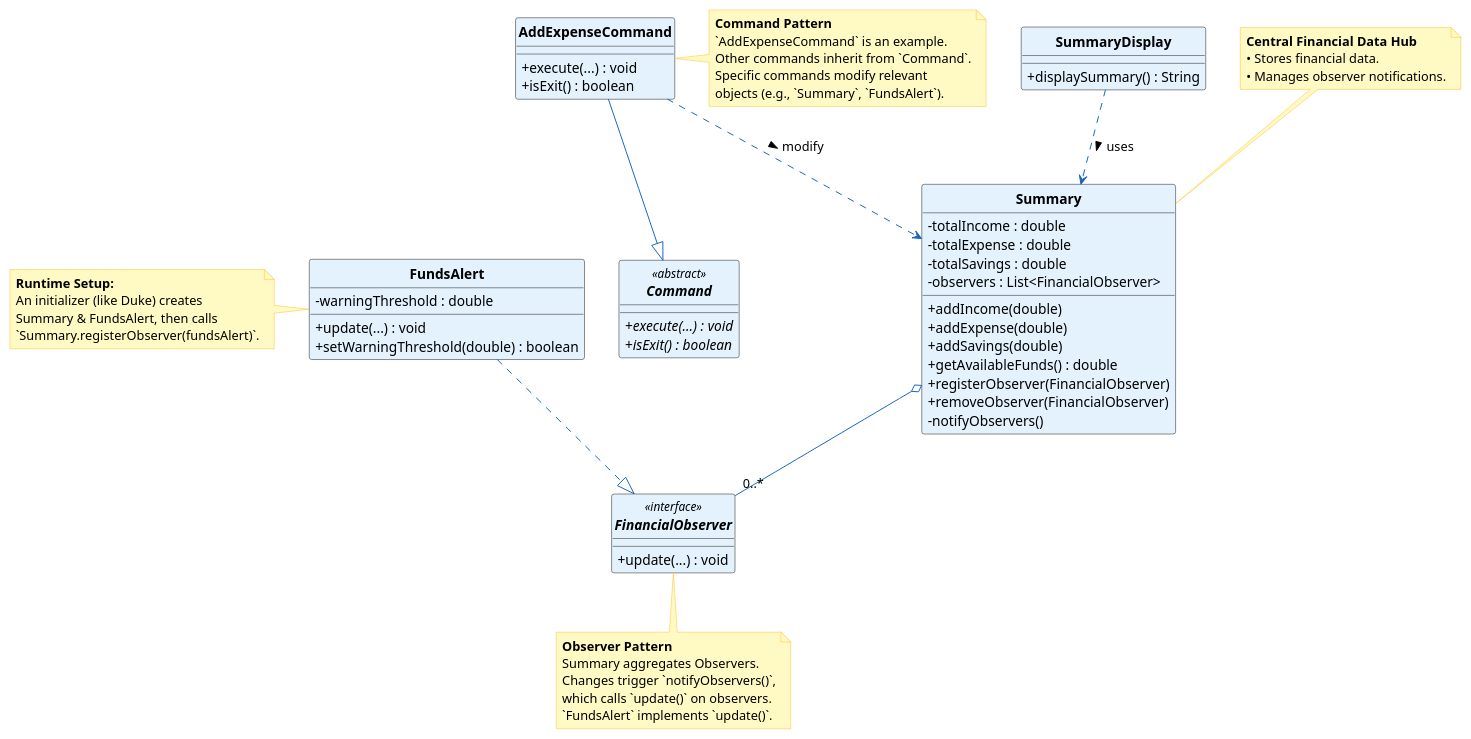
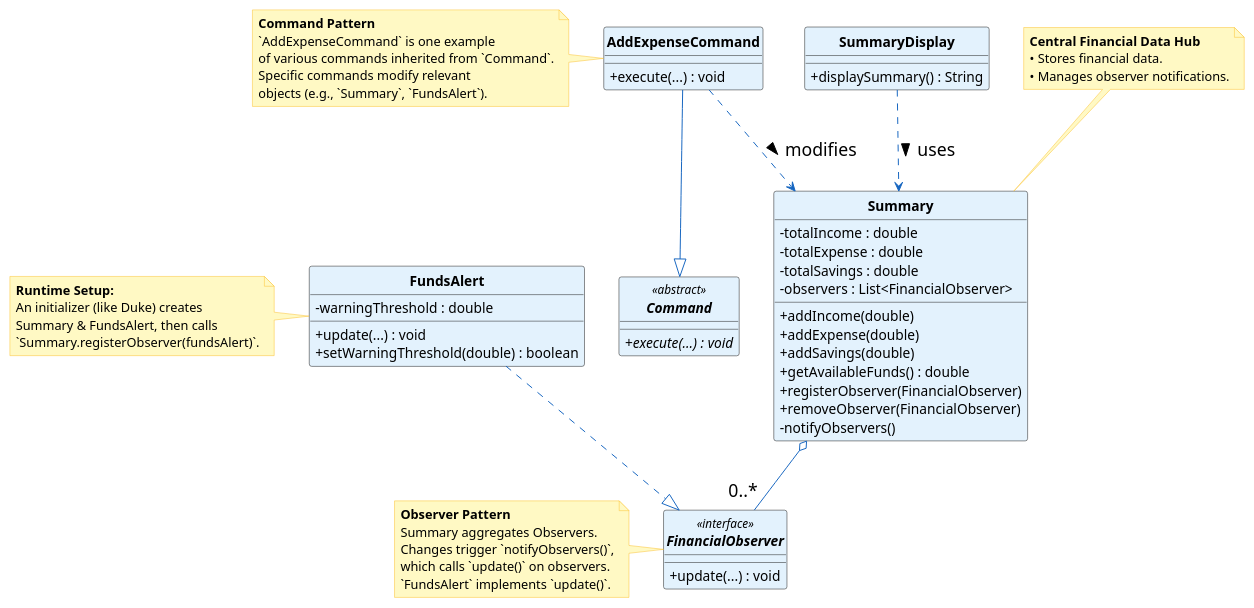
One commit to xiaojielei/tp changed the diagram in docs/puml/Summary.puml. Above: the diagram before and after it, drawn with PlantUML. The commit also changed 6 other files, not shown here.

Commit message:
Increased font size for Summary class diagram

```diff
--- a/docs/puml/Summary.puml
+++ b/docs/puml/Summary.puml
@@ -1,68 +1,67 @@
 @startuml
 hide circle
 skinparam classAttributeIconSize 0
 skinparam classFontStyle bold
 skinparam classBackgroundColor #E3F2FD
 skinparam classArrowColor #1565C0
 skinparam noteBackgroundColor #FFF9C4
 skinparam noteBorderColor #FBC02D
+skinparam ArrowFontSize 18
 
 abstract class Command <<abstract>>{
   + {abstract} execute(...) : void
-  + {abstract} isExit() : boolean
 }
 
 class AddExpenseCommand {
   + execute(...) : void
-  + isExit() : boolean
 }
 
 class Summary {
   - totalIncome : double
   - totalExpense : double
   - totalSavings : double
   - observers : List<FinancialObserver>
   + addIncome(double)
   + addExpense(double)
   + addSavings(double)
   + getAvailableFunds() : double
   + registerObserver(FinancialObserver)
   + removeObserver(FinancialObserver)
   - notifyObservers()
 }
 
 interface FinancialObserver <<interface>> {
   + update(...) : void
 }
 
 class FundsAlert {
   - warningThreshold : double
   + update(...) : void
   + setWarningThreshold(double) : boolean
 }
 
 class SummaryDisplay {
   + displaySummary() : String
 }
 
 
 ' --- Relationships ---
 AddExpenseCommand --|> Command
 
 Summary o-- "0..*" FinancialObserver
 FundsAlert ..|> FinancialObserver
 
 SummaryDisplay ..> Summary : uses >
-AddExpenseCommand ..> Summary : modify >
+AddExpenseCommand ..> Summary : modifies >
 
 
 ' --- Notes ---
 note top of Summary : **Central Financial Data Hub**\n• Stores financial data.\n• Manages observer notifications.
 
 note left of FundsAlert : **Runtime Setup:**\nAn initializer (like Duke) creates\nSummary & FundsAlert, then calls\n`Summary.registerObserver(fundsAlert)`.
 
-note bottom of FinancialObserver : **Observer Pattern**\nSummary aggregates Observers.\nChanges trigger `notifyObservers()`,\nwhich calls `update()` on observers.\n`FundsAlert` implements `update()`.
+note left of FinancialObserver : **Observer Pattern**\nSummary aggregates Observers.\nChanges trigger `notifyObservers()`,\nwhich calls `update()` on observers.\n`FundsAlert` implements `update()`.
 
-note right of AddExpenseCommand : **Command Pattern**\n`AddExpenseCommand` is an example.\nOther commands inherit from `Command`.\nSpecific commands modify relevant\nobjects (e.g., `Summary`, `FundsAlert`).
+note left of AddExpenseCommand : **Command Pattern**\n`AddExpenseCommand` is one example\nof various commands inherited from `Command`.\nSpecific commands modify relevant\nobjects (e.g., `Summary`, `FundsAlert`).
 
 @enduml
```
